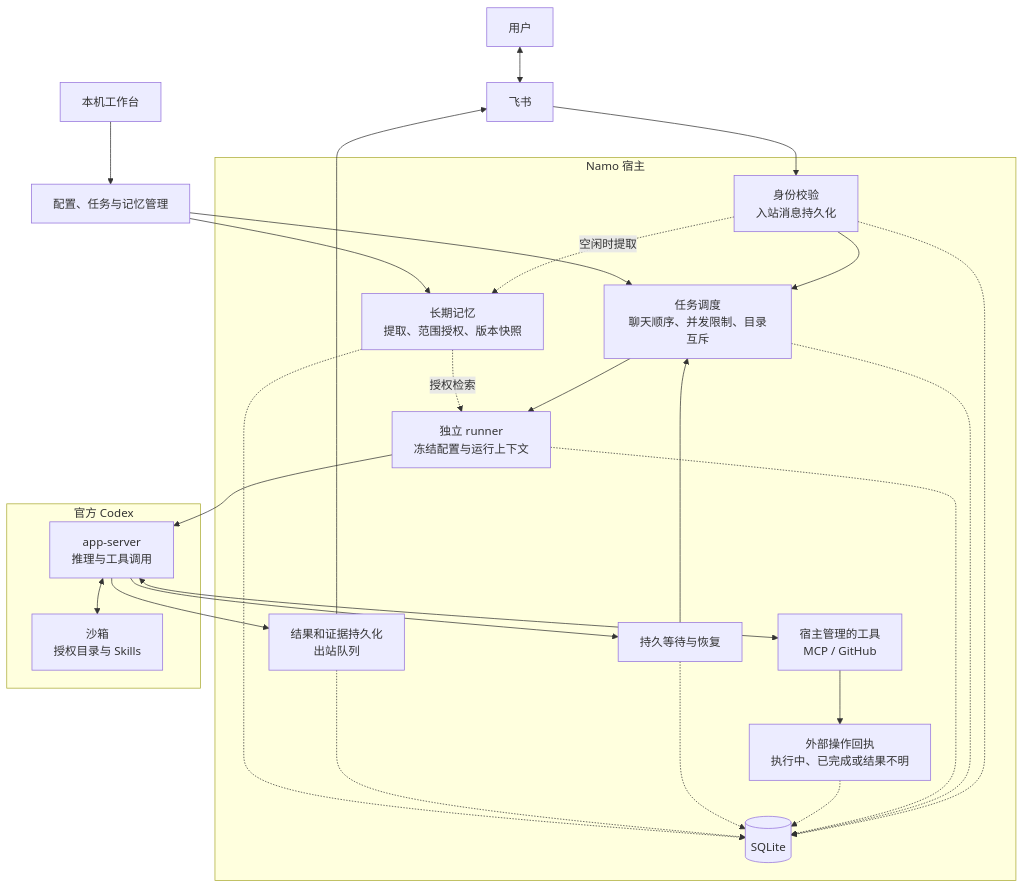
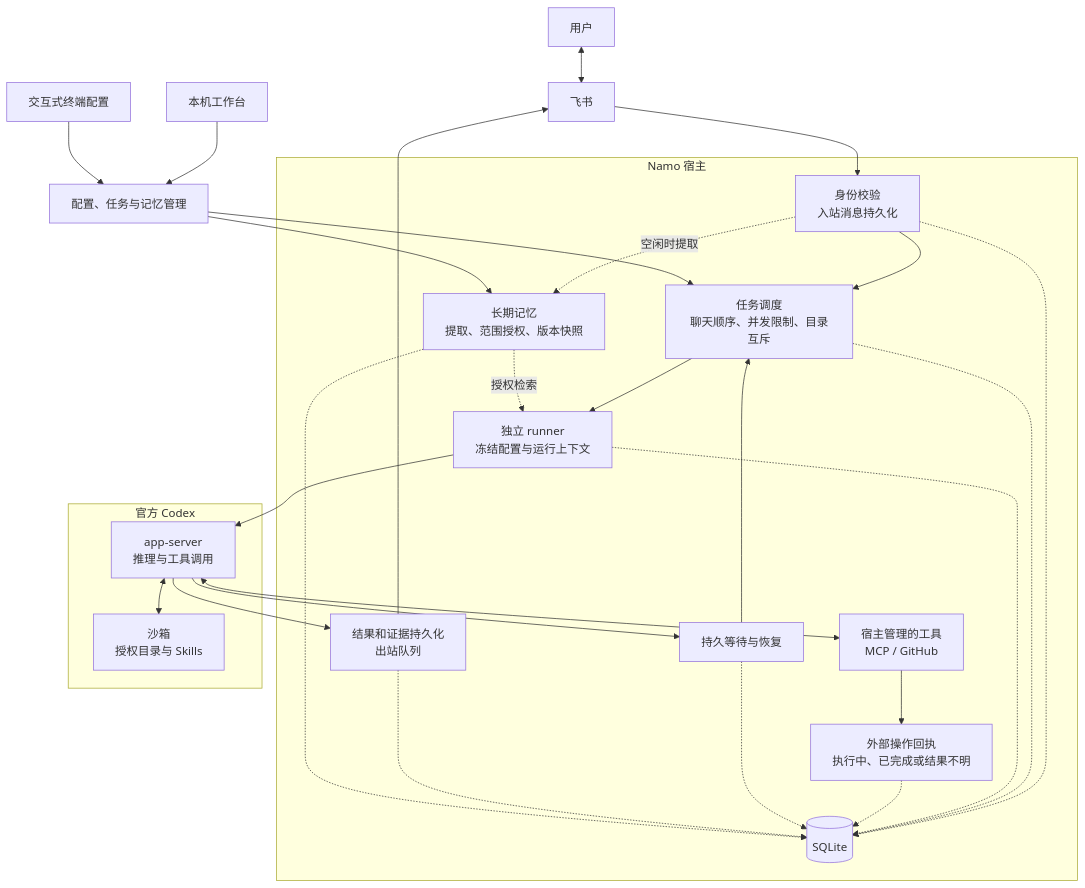
One commit to dofy/namo changed the diagram in docs/architecture.md. Above: the diagram before and after it, drawn with Mermaid. The commit also changed other lines of this file and 13 other files, not shown here.

````diff
--- a/docs/architecture.md
+++ b/docs/architecture.md
@@ -9,34 +9,35 @@
 ```mermaid
 flowchart TB
   User[用户] <--> Feishu[飞书]
   UI[本机工作台] --> Management[配置、任务与记忆管理]
+  CLI[交互式终端配置] --> Management
 
   subgraph Namo["Namo 宿主"]
     In[身份校验<br/>入站消息持久化]
     Queue[任务调度<br/>聊天顺序、并发限制、目录互斥]
     Runner[独立 runner<br/>冻结配置与运行上下文]
     HostTools[宿主管理的工具<br/>MCP / GitHub]
     Receipts[外部操作回执<br/>执行中、已完成或结果不明]
     Wait[持久等待与恢复]
     Out[结果和证据持久化<br/>出站队列]
     Memory[长期记忆<br/>提取、范围授权、版本快照]
     DB[(SQLite)]
   end
 
   subgraph Codex["官方 Codex"]
     Agent[app-server<br/>推理与工具调用]
     Sandbox[沙箱<br/>授权目录与 Skills]
   end
 
   Feishu --> In --> Queue --> Runner --> Agent
   Agent <--> Sandbox
   Agent <--> HostTools
   HostTools --> Receipts
   Agent --> Wait --> Queue
   Agent --> Out --> Feishu
   In -.->|空闲时提取| Memory
   Memory -.->|授权检索| Runner
   Management --> Queue
   Management --> Memory
   In & Queue & Runner & Receipts & Wait & Out & Memory -.-> DB
 ```
````
